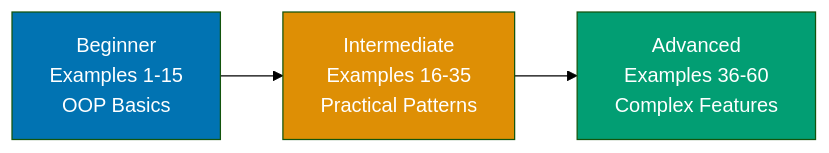
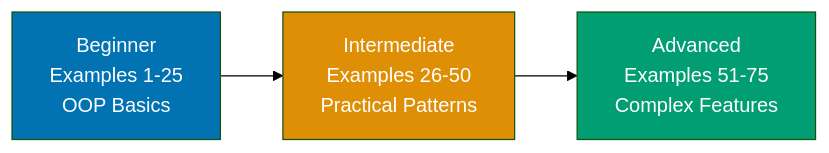
One commit to wahidyankf/open-sharia-enterprise changed the diagram in apps/ayokoding-web/content/en/learn/software-engineering/programming-language/java/tutorials/by-example/overview.md. Above: the diagram before and after it, drawn with Mermaid (forest theme). The commit also changed other lines of this file and 30 other files, not shown here.

````diff
--- a/apps/ayokoding-web/content/en/learn/software-engineering/programming-language/java/tutorials/by-example/overview.md
+++ b/apps/ayokoding-web/content/en/learn/software-engineering/programming-language/java/tutorials/by-example/overview.md
@@ -27,10 +27,10 @@
 ```mermaid
 %% Color Palette: Blue #0173B2, Orange #DE8F05, Teal #029E73, Purple #CC78BC, Brown #CA9161
 graph LR
-    A["Beginner<br/>Examples 1-15<br/>OOP Basics"] --> B["Intermediate<br/>Examples 16-35<br/>Practical Patterns"]
-    B --> C["Advanced<br/>Examples 36-60<br/>Complex Features"]
+    A["Beginner<br/>Examples 1-25<br/>OOP Basics"] --> B["Intermediate<br/>Examples 26-50<br/>Practical Patterns"]
+    B --> C["Advanced<br/>Examples 51-75<br/>Complex Features"]
 
     style A fill:#0173B2,color:#fff
     style B fill:#DE8F05,color:#fff
     style C fill:#029E73,color:#fff
 ```
````
